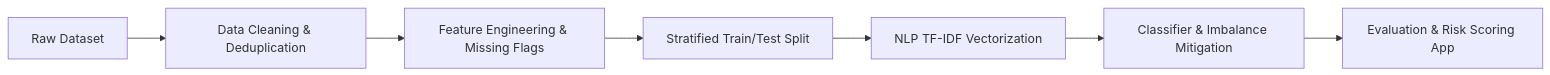
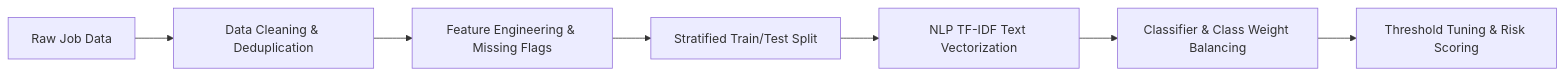
Before and after one commit to devloopcode/job_posting_prediction: the diagram in README.md, drawn with Mermaid. The commit also changed other lines of this file and 2 other files, not shown here.

Commit message:
splitting the dataset to train and test

````diff
--- a/README.md
+++ b/README.md
@@ -57,9 +60,9 @@
 ```mermaid
 flowchart LR
-    A[Raw Dataset] --> B[Data Cleaning & Deduplication]
+    A[Raw Job Data] --> B[Data Cleaning & Deduplication]
     B --> C[Feature Engineering & Missing Flags]
     C --> D[Stratified Train/Test Split]
-    D --> E[NLP TF-IDF Vectorization]
-    E --> F[Classifier & Imbalance Mitigation]
-    F --> G[Evaluation & Risk Scoring App]
+    D --> E[NLP TF-IDF Text Vectorization]
+    E --> F[Classifier & Class Weight Balancing]
+    F --> G[Threshold Tuning & Risk Scoring]
 ```
````
